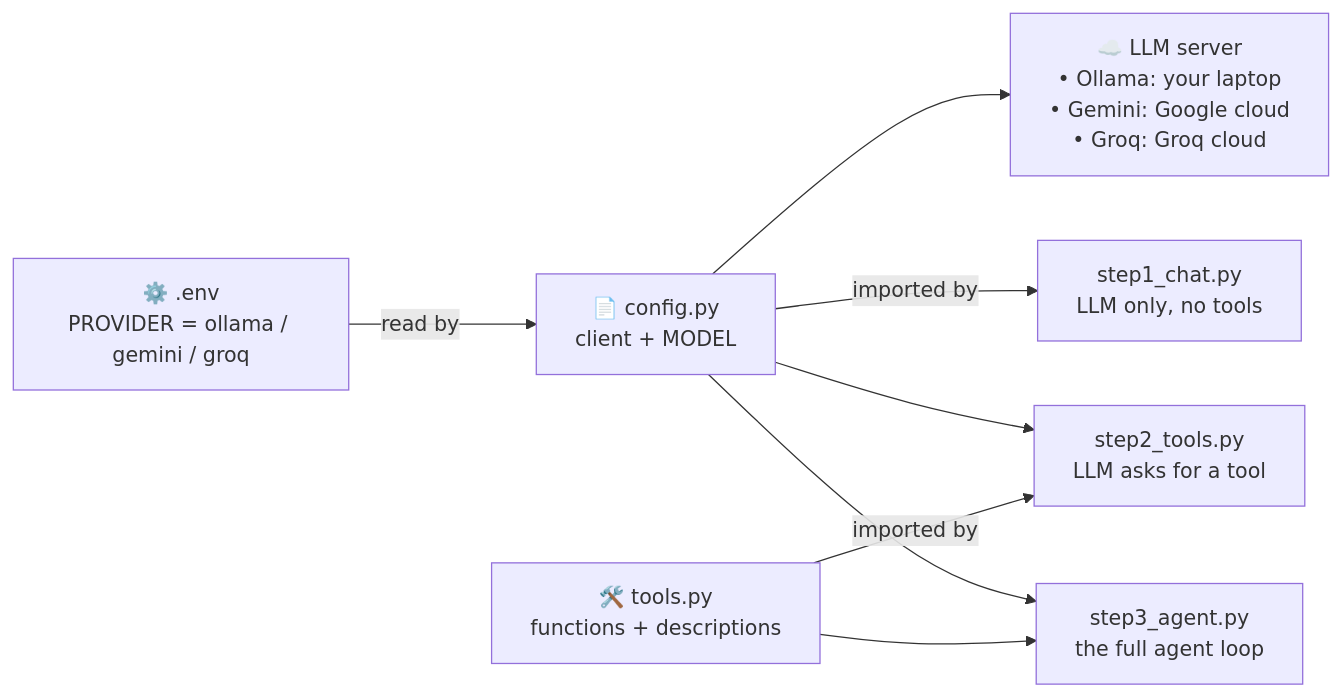
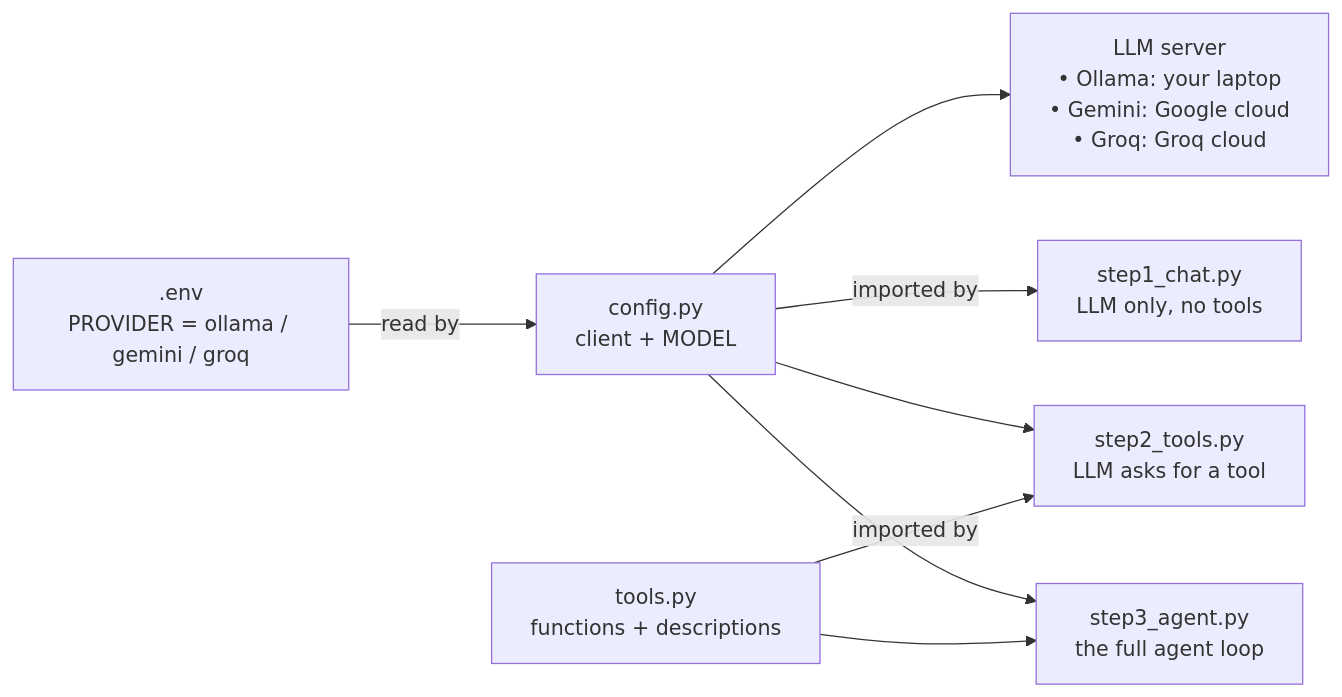
One commit to anandgaur22/ai-agent-python-demo changed the eighth of 36 diagrams in README.md. Above: the diagram before and after it, drawn with Mermaid. The commit also changed other lines of this file, not shown here.

Commit message:
AI agent demo in Python with Ollama, Gemini and Groq

````diff
--- a/README.md
+++ b/README.md
@@ -314,11 +312,11 @@
 ```mermaid
 flowchart LR
-  ENV["⚙️ .env<br/>PROVIDER = ollama / gemini / groq"] -- "read by" --> CFG["📄 config.py<br/>client + MODEL"]
-  CFG --> SRV["☁️ LLM server<br/>• Ollama: your laptop<br/>• Gemini: Google cloud<br/>• Groq: Groq cloud"]
-  TOOLS["🛠️ tools.py<br/>functions + descriptions"]
+  ENV[".env<br/>PROVIDER = ollama / gemini / groq"] -- "read by" --> CFG["config.py<br/>client + MODEL"]
+  CFG --> SRV["LLM server<br/>• Ollama: your laptop<br/>• Gemini: Google cloud<br/>• Groq: Groq cloud"]
+  TOOLS["tools.py<br/>functions + descriptions"]
   CFG -- "imported by" --> S1["step1_chat.py<br/>LLM only, no tools"]
   CFG --> S2["step2_tools.py<br/>LLM asks for a tool"]
   CFG --> S3["step3_agent.py<br/>the full agent loop"]
   TOOLS -- "imported by" --> S2
   TOOLS --> S3
 ```
````
